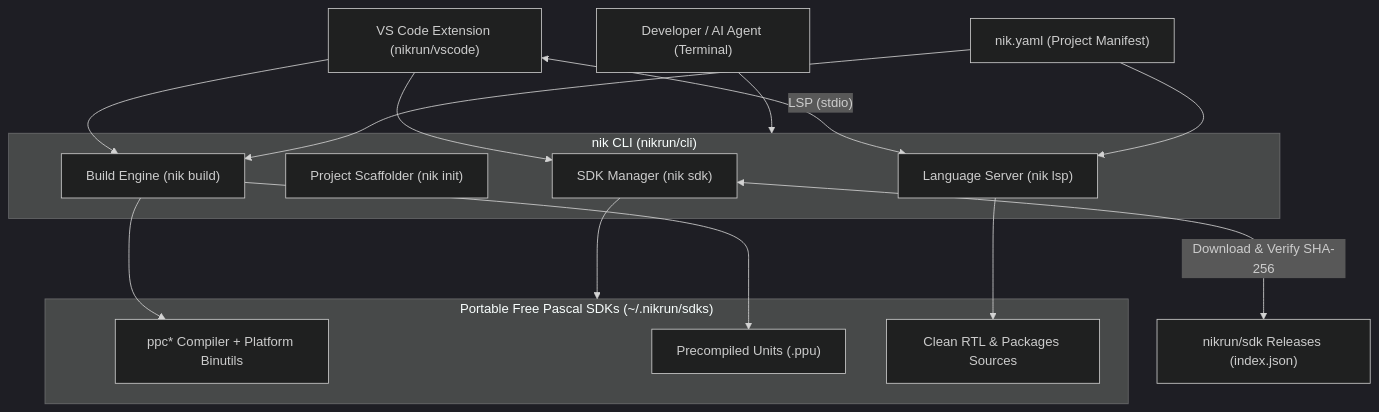
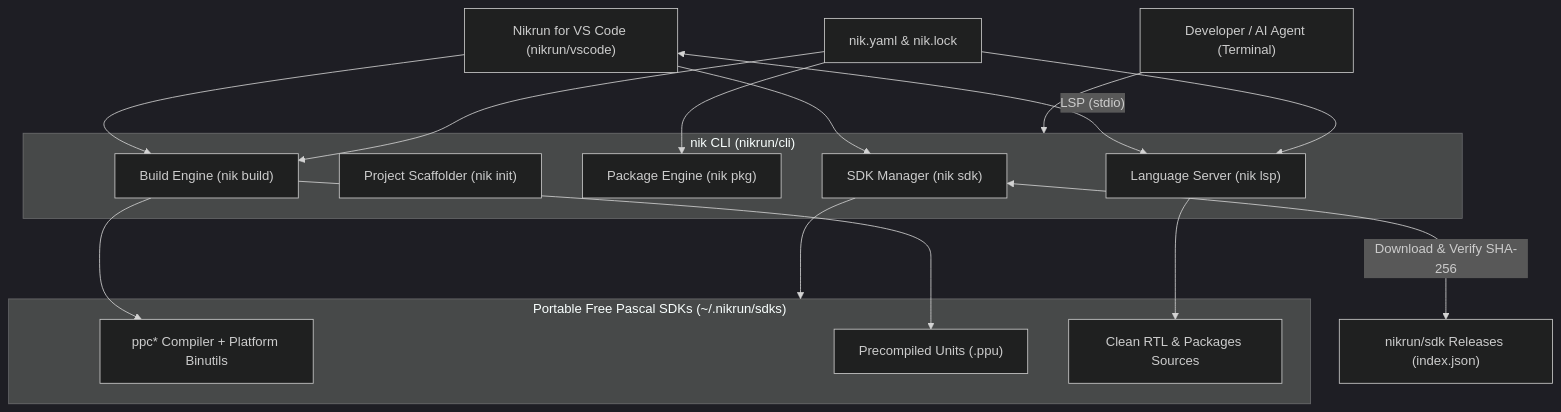
The diagram in README.md (nikrun/cli), drawn with Mermaid (dark theme) before and after one commit. The commit also changed other lines of this file and 1 other file, not shown here.

````diff
--- a/README.md
+++ b/README.md
@@ -49,35 +48,37 @@
 ```mermaid
 flowchart TB
-    VSC["VS Code Extension (nikrun/vscode)"]
+    VSC["Nikrun for VS Code (nikrun/vscode)"]
     USER["Developer / AI Agent (Terminal)"]
-    MANIFEST["nik.yaml (Project Manifest)"]
+    MANIFEST["nik.yaml & nik.lock"]
 
     subgraph NIK["nik CLI (nikrun/cli)"]
         SDKM["SDK Manager (nik sdk)"]
         INIT["Project Scaffolder (nik init)"]
+        PKG["Package Engine (nik pkg)"]
         BUILD["Build Engine (nik build)"]
         LSP["Language Server (nik lsp)"]
     end
 
     subgraph SDKS["Portable Free Pascal SDKs (~/.nikrun/sdks)"]
         FPC["ppc* Compiler + Platform Binutils"]
         PPU["Precompiled Units (.ppu)"]
         SRC["Clean RTL & Packages Sources"]
     end
 
     REG["nikrun/sdk Releases (index.json)"]
 
     USER --> NIK
     VSC <-->|"LSP (stdio)"| LSP
     VSC --> BUILD
     VSC --> SDKM
 
+    MANIFEST --> PKG
     MANIFEST --> BUILD
     MANIFEST --> LSP
 
     SDKM <-->|"Download & Verify SHA-256"| REG
     SDKM --> SDKS
     BUILD --> FPC
     BUILD --> PPU
     LSP --> SRC
 ```
````
